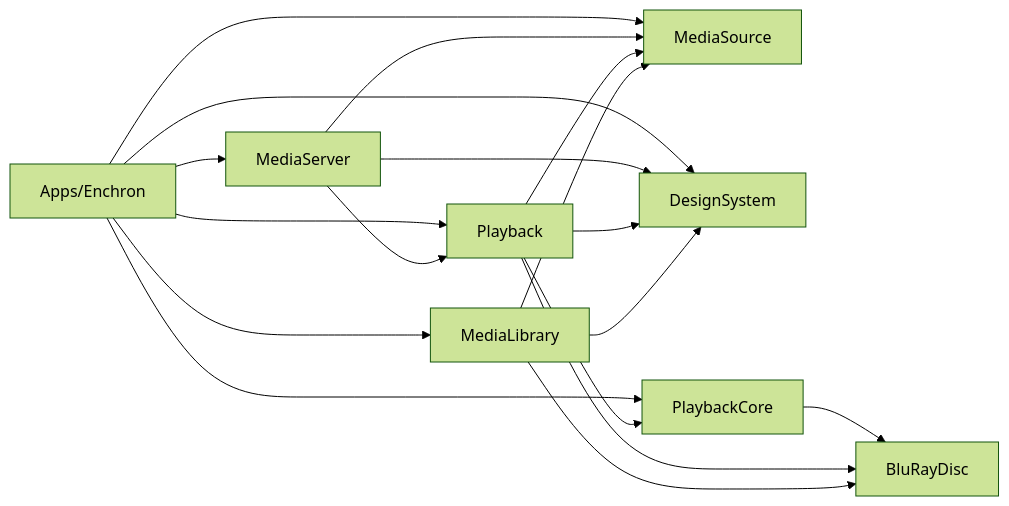
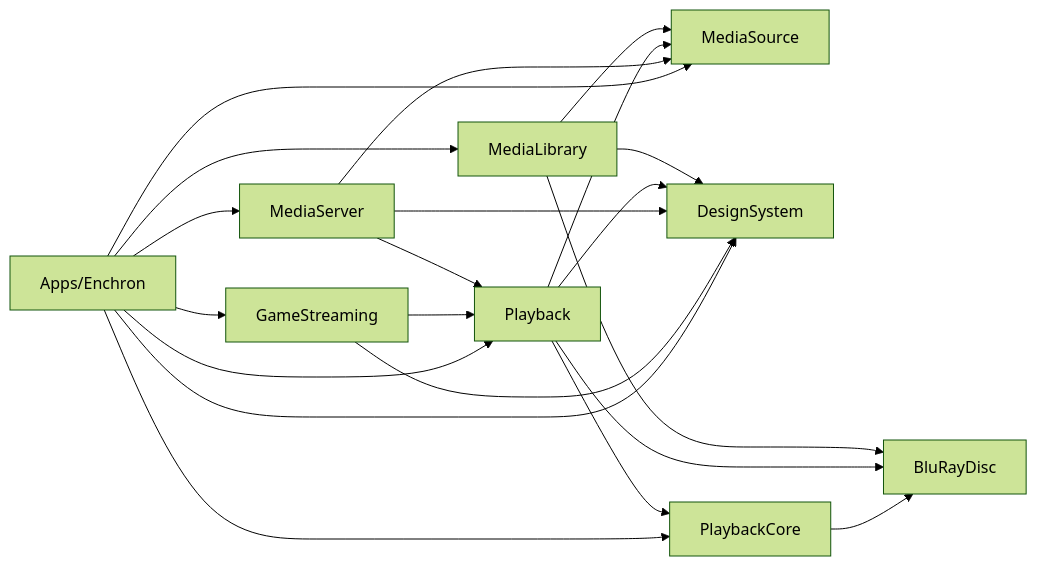
Before and after one commit to 1873663116/Enchron: the diagram in ARCHITECTURE.md, drawn with Mermaid (forest theme). The commit also changed other lines of this file, not shown here.

First line of the commit message:
Record Modules/GameStreaming in the structure navigation

````diff
--- a/ARCHITECTURE.md
+++ b/ARCHITECTURE.md
@@ -41,29 +42,33 @@
 ```mermaid
 flowchart LR
     MediaSource["MediaSource"]
     DesignSystem["DesignSystem"]
     PlaybackCore["PlaybackCore"]
     BluRayDisc["BluRayDisc"]
     MediaLibrary["MediaLibrary"]
     Playback["Playback"]
     MediaServer["MediaServer"]
+    GameStreaming["GameStreaming"]
     App["Apps/Enchron"]
 
     MediaLibrary --> MediaSource
     MediaLibrary --> DesignSystem
     MediaLibrary --> BluRayDisc
     Playback --> MediaSource
     Playback --> DesignSystem
     Playback --> PlaybackCore
     Playback --> BluRayDisc
     PlaybackCore --> BluRayDisc
     MediaServer --> MediaSource
     MediaServer --> DesignSystem
     MediaServer --> Playback
+    GameStreaming --> DesignSystem
+    GameStreaming --> Playback
     App --> MediaLibrary
     App --> Playback
     App --> MediaServer
+    App --> GameStreaming
     App --> MediaSource
     App --> DesignSystem
     App --> PlaybackCore
 ```
````
